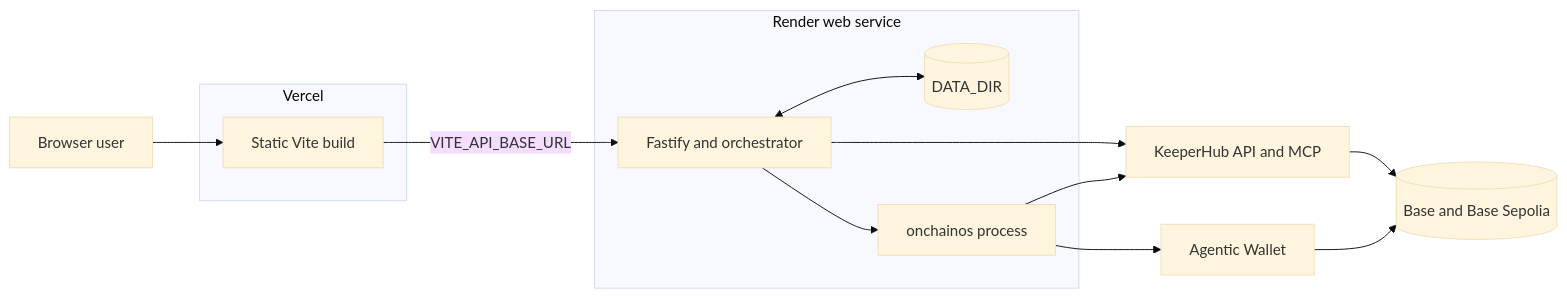
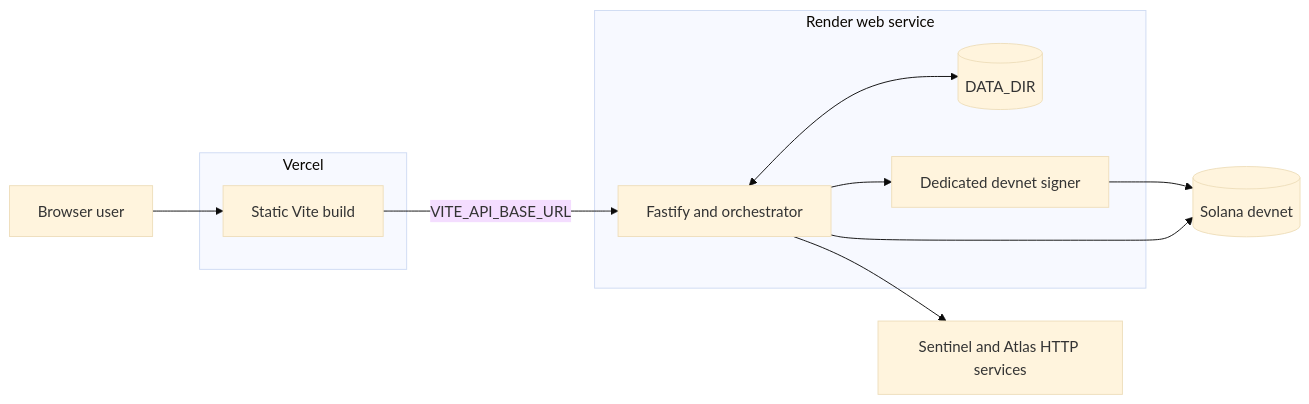
One commit to karagozemin/ReSource changed the tenth of 10 diagrams in docs/ARCHITECTURE.md. Above: the diagram before and after it, drawn with Mermaid (base theme). The commit also changed other lines of this file and 8 other files, not shown here.

````diff
--- a/docs/ARCHITECTURE.md
+++ b/docs/ARCHITECTURE.md
@@ -565,28 +566,25 @@
 ```mermaid
 flowchart LR
     User[Browser user]
 
     subgraph Vercel[Vercel]
         Web[Static Vite build]
     end
 
     subgraph Render[Render web service]
         API[Fastify and orchestrator]
         Disk[(DATA_DIR)]
-        CLI[onchainos process]
+        Signer[Dedicated devnet signer]
         API <--> Disk
-        API --> CLI
+        API --> Signer
     end
 
-    KH[KeeperHub API and MCP]
-    Wallet[Agentic Wallet]
-    Base[(Base and Base Sepolia)]
+    Providers[Sentinel and Atlas HTTP services]
+    Solana[(Solana devnet)]
 
     User --> Web
     Web -->|VITE_API_BASE_URL| API
-    API --> KH
-    CLI --> KH
-    CLI --> Wallet
-    KH --> Base
-    Wallet --> Base
+    API --> Providers
+    Signer --> Solana
+    API --> Solana
 ```
````
